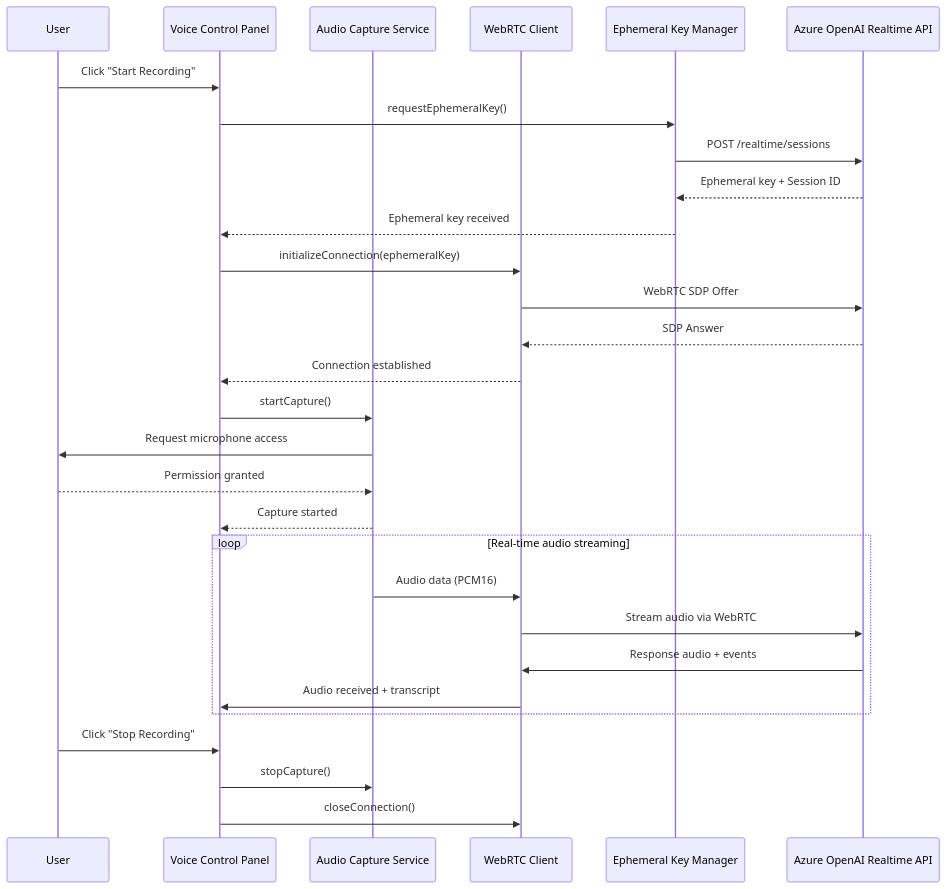
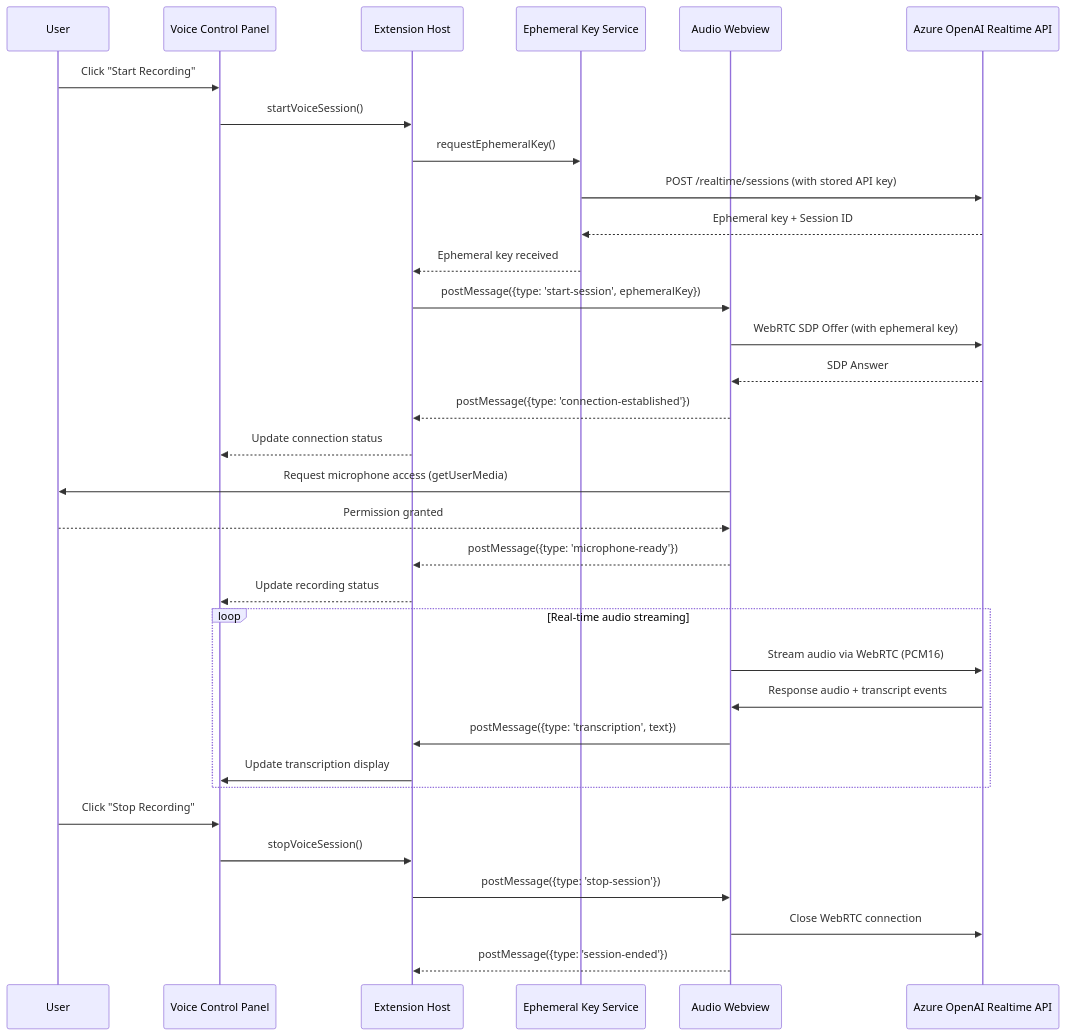
One commit to PlagueHO/voice-pilot changed the second of 6 diagrams in docs/design/COMPONENTS.md. Above: the diagram before and after it, drawn with Mermaid. The commit also changed other lines of this file, not shown here.

First line of the commit message:
CHANGE: Revise COMPONENTS.md for audio processing

````diff
--- a/docs/design/COMPONENTS.md
+++ b/docs/design/COMPONENTS.md
@@ -240,36 +314,40 @@
 ```mermaid
 sequenceDiagram
     participant User
     participant UI as Voice Control Panel
-    participant AudioCapture as Audio Capture Service
-    participant WebRTC as WebRTC Client
-    participant AuthMgr as Ephemeral Key Manager
+    participant ExtHost as Extension Host
+    participant KeyService as Ephemeral Key Service
+    participant Webview as Audio Webview
     participant Azure as Azure OpenAI Realtime API
 
     User->>UI: Click "Start Recording"
-    UI->>AuthMgr: requestEphemeralKey()
-    AuthMgr->>Azure: POST /realtime/sessions
-    Azure-->>AuthMgr: Ephemeral key + Session ID
-    AuthMgr-->>UI: Ephemeral key received
+    UI->>ExtHost: startVoiceSession()
+    ExtHost->>KeyService: requestEphemeralKey()
+    KeyService->>Azure: POST /realtime/sessions (with stored API key)
+    Azure-->>KeyService: Ephemeral key + Session ID
+    KeyService-->>ExtHost: Ephemeral key received
 
-    UI->>WebRTC: initializeConnection(ephemeralKey)
-    WebRTC->>Azure: WebRTC SDP Offer
-    Azure-->>WebRTC: SDP Answer
-    WebRTC-->>UI: Connection established
+    ExtHost->>Webview: postMessage({type: 'start-session', ephemeralKey})
+    Webview->>Azure: WebRTC SDP Offer (with ephemeral key)
+    Azure-->>Webview: SDP Answer
+    Webview-->>ExtHost: postMessage({type: 'connection-established'})
+    ExtHost-->>UI: Update connection status
 
-    UI->>AudioCapture: startCapture()
-    AudioCapture->>User: Request microphone access
-    User-->>AudioCapture: Permission granted
-    AudioCapture-->>UI: Capture started
+    Webview->>User: Request microphone access (getUserMedia)
+    User-->>Webview: Permission granted
+    Webview-->>ExtHost: postMessage({type: 'microphone-ready'})
+    ExtHost-->>UI: Update recording status
 
     loop Real-time audio streaming
-        AudioCapture->>WebRTC: Audio data (PCM16)
-        WebRTC->>Azure: Stream audio via WebRTC
-        Azure->>WebRTC: Response audio + events
-        WebRTC->>UI: Audio received + transcript
+        Webview->>Azure: Stream audio via WebRTC (PCM16)
+        Azure->>Webview: Response audio + transcript events
+        Webview->>ExtHost: postMessage({type: 'transcription', text})
+        ExtHost->>UI: Update transcription display
     end
 
     User->>UI: Click "Stop Recording"
-    UI->>AudioCapture: stopCapture()
-    UI->>WebRTC: closeConnection()
+    UI->>ExtHost: stopVoiceSession()
+    ExtHost->>Webview: postMessage({type: 'stop-session'})
+    Webview->>Azure: Close WebRTC connection
+    Webview-->>ExtHost: postMessage({type: 'session-ended'})
 ```
````
